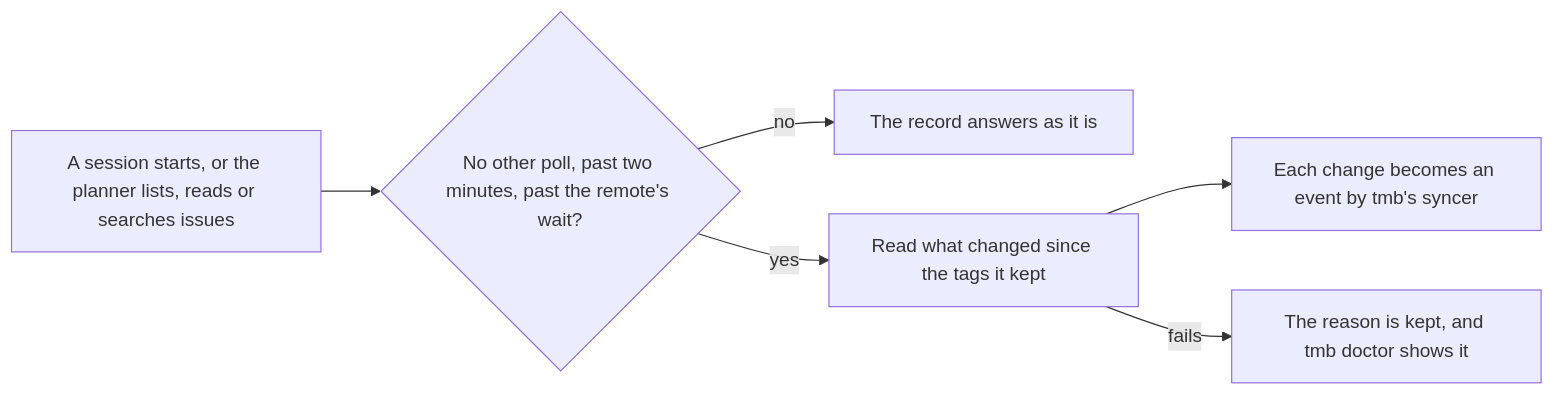
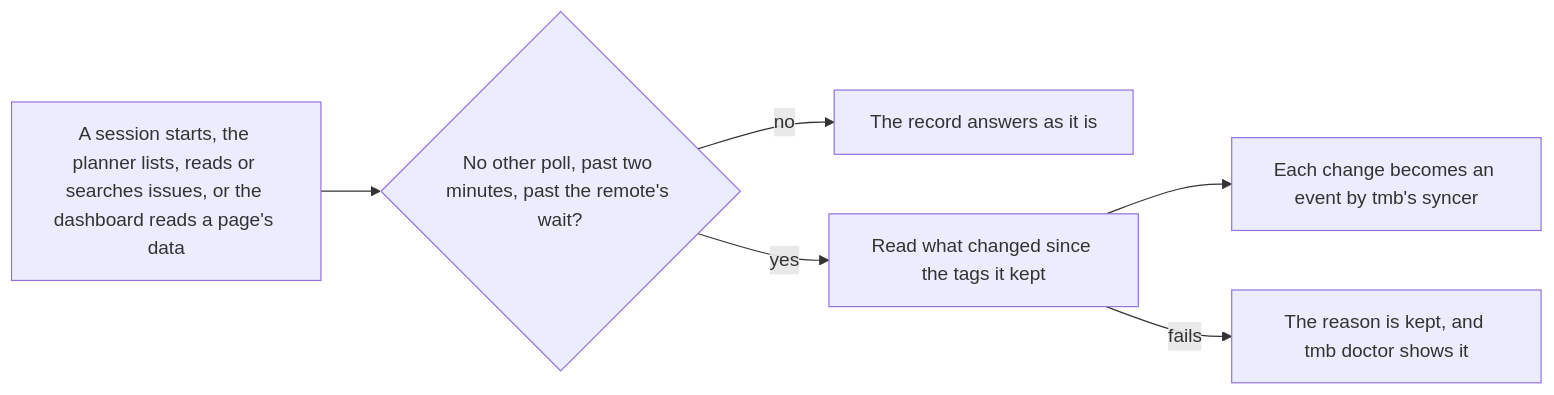
Before and after one commit to trustmybot/tmb: the third of 14 diagrams in docs/architecture/TRAJECTORY.md, drawn with Mermaid. The commit also changed other lines of this file and 18 other files, not shown here.

First line of the commit message:
🐛 fix(syncer): the dashboard and a session start pull from GitHub first (#524) (#526)

````diff
--- a/docs/architecture/TRAJECTORY.md
+++ b/docs/architecture/TRAJECTORY.md
@@ -76,8 +76,8 @@
 ```mermaid
 flowchart LR
-    T["A session starts, or the planner lists, reads or searches issues"] --> C{"No other poll, past two minutes, past the remote's wait?"}
+    T["A session starts, the planner lists, reads or searches issues, or the dashboard reads a page's data"] --> C{"No other poll, past two minutes, past the remote's wait?"}
     C -->|no| N["The record answers as it is"]
     C -->|yes| R["Read what changed since the tags it kept"]
     R --> F["Each change becomes an event by tmb's syncer"]
     R -->|fails| D["The reason is kept, and tmb doctor shows it"]
 ```
````
